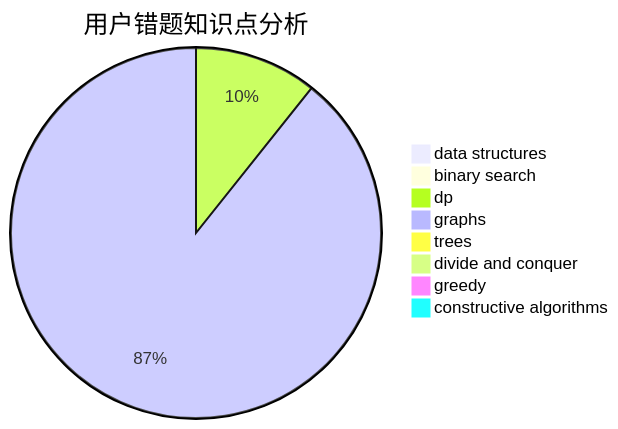
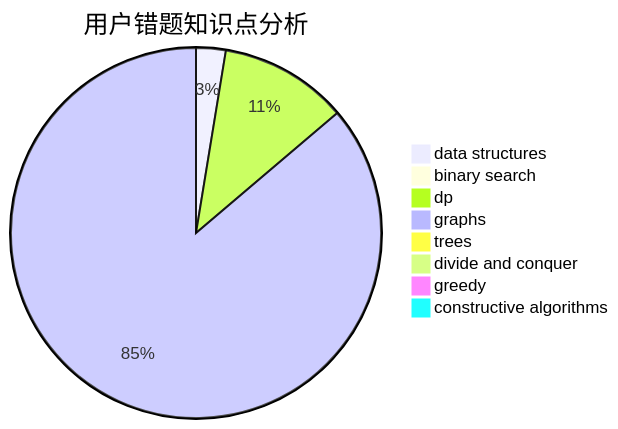
One commit to sherpahu/cfrs.github.io changed the third of 3 diagrams in docs/user/u2017.md. Above: the diagram before and after it, drawn with Mermaid. The commit also changed other lines of this file and 2770 other files, not shown here.

````diff
--- a/docs/user/u2017.md
+++ b/docs/user/u2017.md
@@ -36,11 +36,11 @@
 ```mermaid
 pie title 用户错题知识点分析
-    "data structures" :  1
+    "data structures" :  3
     "binary search" :  1
-    "dp" :  12
+    "dp" :  13
     "graphs" :  100
     "trees" :  0
     "divide and conquer" :  0
     "greedy" :  1
     "constructive algorithms" :  0
 ```
````
